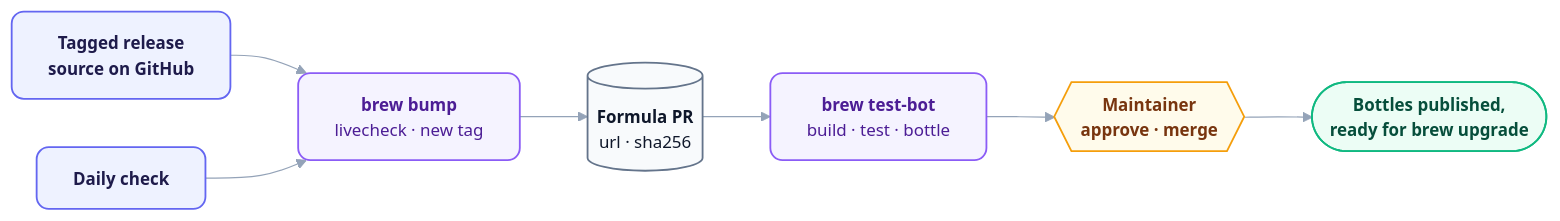
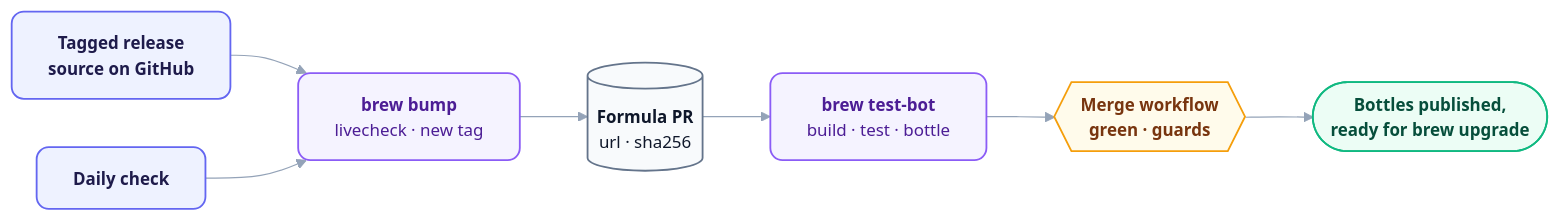
The diagram in README.md (orin-dx/homebrew-tap), drawn with Mermaid before and after one commit. The commit also changed other lines of this file and 3 other files, not shown here.

````diff
--- a/README.md
+++ b/README.md
@@ -68,22 +68,22 @@
 ```mermaid
 %%{init: {'theme': 'base', 'flowchart': {'curve': 'basis', 'nodeSpacing': 40, 'rankSpacing': 56}, 'themeVariables': {'fontFamily': 'Inter, ui-sans-serif, system-ui, sans-serif', 'fontSize': '14px', 'lineColor': '#94a3b8', 'edgeLabelBackground': '#ffffff'}}}%%
 flowchart LR
     classDef source fill:#eef2ff,stroke:#6366f1,stroke-width:1.5px,color:#1e1b4b,rx:10px,ry:10px,font-weight:600;
     classDef store fill:#f8fafc,stroke:#64748b,stroke-width:1.5px,color:#0f172a,rx:10px,ry:10px;
     classDef engine fill:#f5f3ff,stroke:#8b5cf6,stroke-width:1.5px,color:#4c1d95,rx:10px,ry:10px;
     classDef router fill:#fffbeb,stroke:#f59e0b,stroke-width:1.5px,color:#78350f,rx:10px,ry:10px,font-weight:600;
     classDef output fill:#ecfdf5,stroke:#10b981,stroke-width:1.5px,color:#064e3b,rx:10px,ry:10px,font-weight:600;
 
     release["<b>Tagged release</b><br/>source on GitHub"] --> bump["<b>brew bump</b><br/>livecheck · new tag"]
     signal["Daily check"] --> bump
     bump --> pr[("<b>Formula PR</b><br/>url · sha256")]
     pr --> ci["<b>brew test-bot</b><br/>build · test · bottle"]
-    ci --> review{{"<b>Maintainer</b><br/>approve · merge"}}
+    ci --> review{{"<b>Merge workflow</b><br/>green · guards"}}
     review --> upgrade(["Bottles published,<br/>ready for brew upgrade"])
 
     class release,signal source
     class pr store
     class bump,ci engine
     class review router
     class upgrade output
 ```
````
